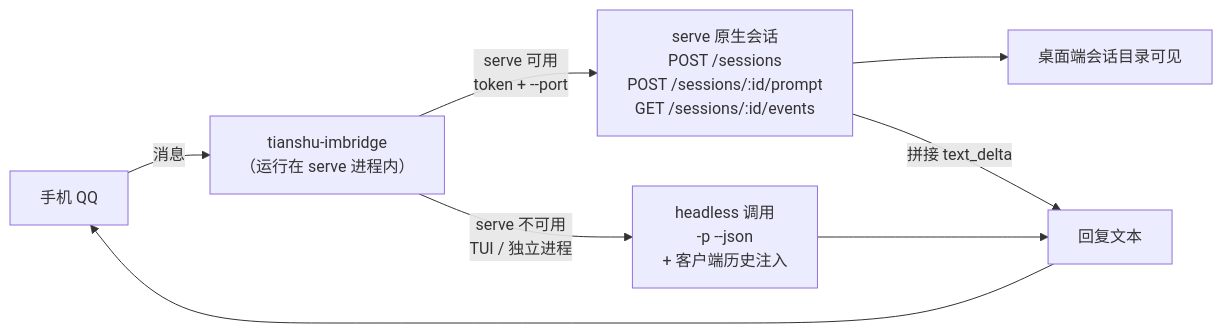
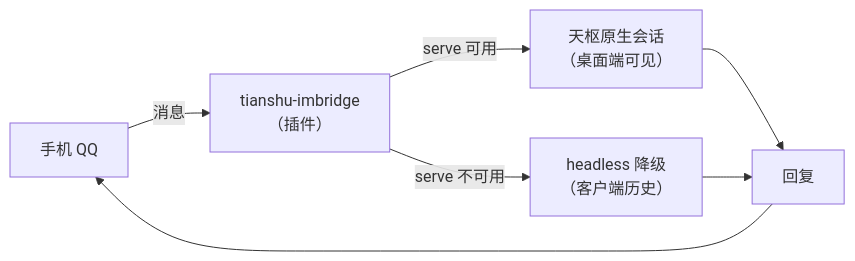
Before and after one commit to KhalilYamber/tianshu-imbridge: the diagram in README.md, drawn with Mermaid. The commit also changed other lines of this file, not shown here.

````diff
--- a/README.md
+++ b/README.md
@@ -76,10 +21,9 @@
 ```mermaid
 flowchart LR
-  QQ["手机 QQ"] -->|消息| P["tianshu-imbridge<br/>（运行在 serve 进程内）"]
-  P -->|"serve 可用<br/>token + --port"| S["serve 原生会话<br/>POST /sessions<br/>POST /sessions/:id/prompt<br/>GET /sessions/:id/events"]
-  P -->|"serve 不可用<br/>TUI / 独立进程"| H["headless 调用<br/>-p --json<br/>+ 客户端历史注入"]
-  S --> D["桌面端会话目录可见"]
-  S -->|"拼接 text_delta"| R["回复文本"]
+  QQ["手机 QQ"] -->|消息| P["tianshu-imbridge<br/>（插件）"]
+  P -->|"serve 可用"| S["天枢原生会话<br/>（桌面端可见）"]
+  P -->|"serve 不可用"| H["headless 降级<br/>（客户端历史）"]
+  S --> R["回复"]
   H --> R
   R --> QQ
 ```
````
